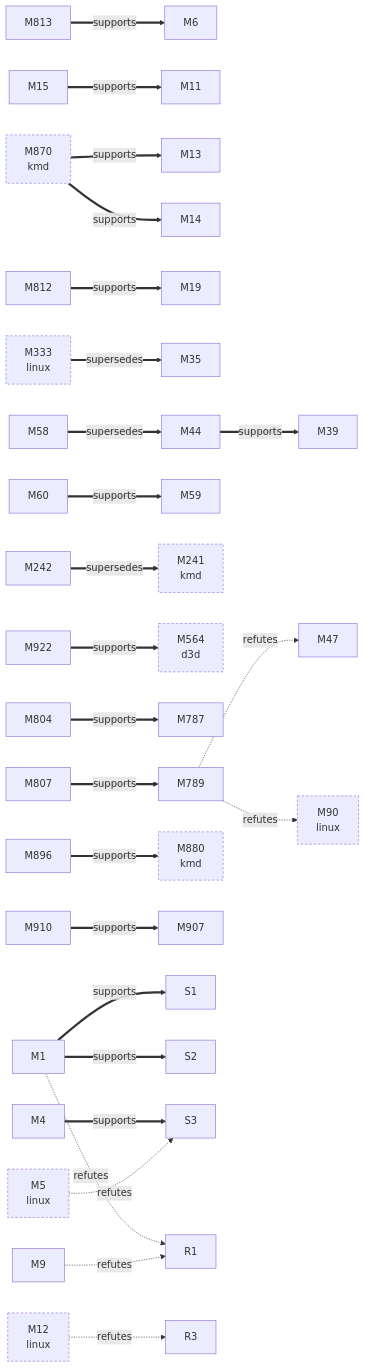
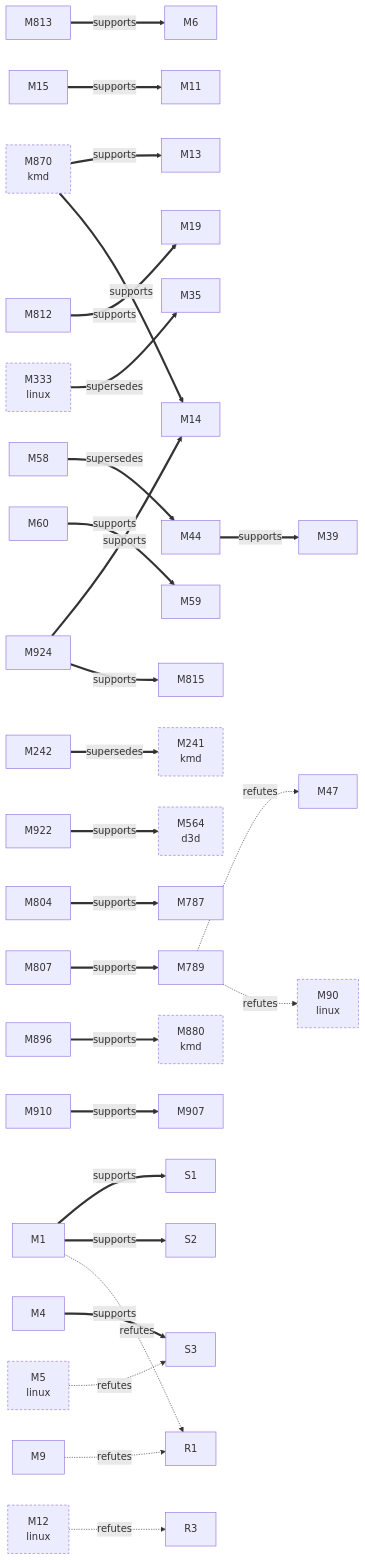
Before and after one commit to D-Ogi/amdgpu-wddm: the first of 3 diagrams in docs/facts/graphs/hardware.md, drawn with Mermaid. The commit also changed other lines of this file and 7 other files, not shown here.

````diff
--- a/docs/facts/graphs/hardware.md
+++ b/docs/facts/graphs/hardware.md
@@ -9,69 +9,73 @@
 ```mermaid
 flowchart LR
   M1["M1"]
   M4["M4"]
   M5["M5<br/>linux"]
   M6["M6"]
   M9["M9"]
   M11["M11"]
   M12["M12<br/>linux"]
   M13["M13"]
   M14["M14"]
   M15["M15"]
   M19["M19"]
   M35["M35"]
   M39["M39"]
   M44["M44"]
   M47["M47"]
   M58["M58"]
   M59["M59"]
   M60["M60"]
   M90["M90<br/>linux"]
   M241["M241<br/>kmd"]
   M242["M242"]
   M333["M333<br/>linux"]
   M564["M564<br/>d3d"]
   M787["M787"]
   M789["M789"]
   M804["M804"]
   M807["M807"]
   M812["M812"]
   M813["M813"]
+  M815["M815"]
   M870["M870<br/>kmd"]
   M880["M880<br/>kmd"]
   M896["M896"]
   M907["M907"]
   M910["M910"]
   M922["M922"]
+  M924["M924"]
   S1["S1"]
   S2["S2"]
   S3["S3"]
   R1["R1"]
   R3["R3"]
   M1 ==>|supports| S1
   M1 ==>|supports| S2
   M1 -.->|refutes| R1
   M4 ==>|supports| S3
   M9 -.->|refutes| R1
   M15 ==>|supports| M11
   M44 ==>|supports| M39
   M58 ==>|supersedes| M44
   M60 ==>|supports| M59
   M242 ==>|supersedes| M241
   M789 -.->|refutes| M47
   M789 -.->|refutes| M90
   M804 ==>|supports| M787
   M807 ==>|supports| M789
   M812 ==>|supports| M19
   M813 ==>|supports| M6
   M896 ==>|supports| M880
   M910 ==>|supports| M907
   M922 ==>|supports| M564
+  M924 ==>|supports| M14
+  M924 ==>|supports| M815
   M870 ==>|supports| M13
   M870 ==>|supports| M14
   M5 -.->|refutes| S3
   M12 -.->|refutes| R3
   M333 ==>|supersedes| M35
   classDef other stroke-dasharray:4 3
   class M5,M12,M90,M241,M333,M564,M870,M880 other
 ```
````
